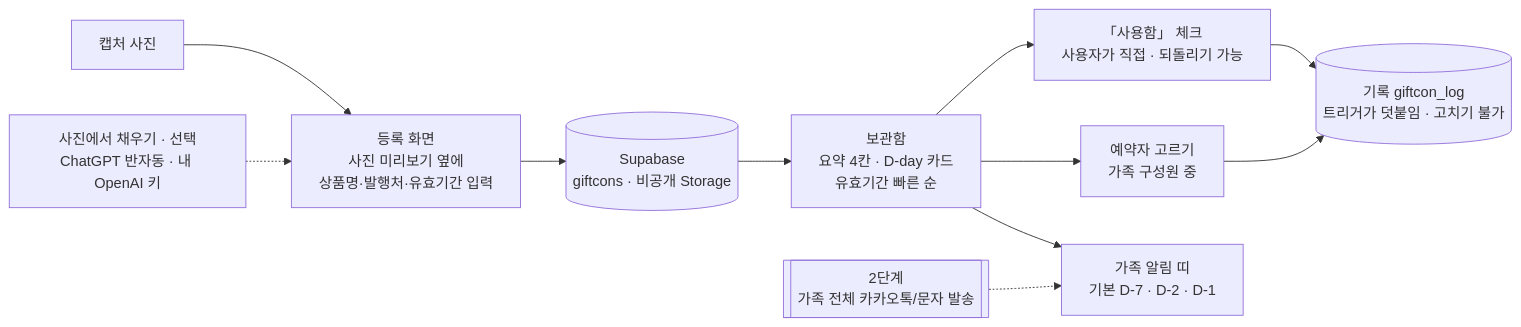
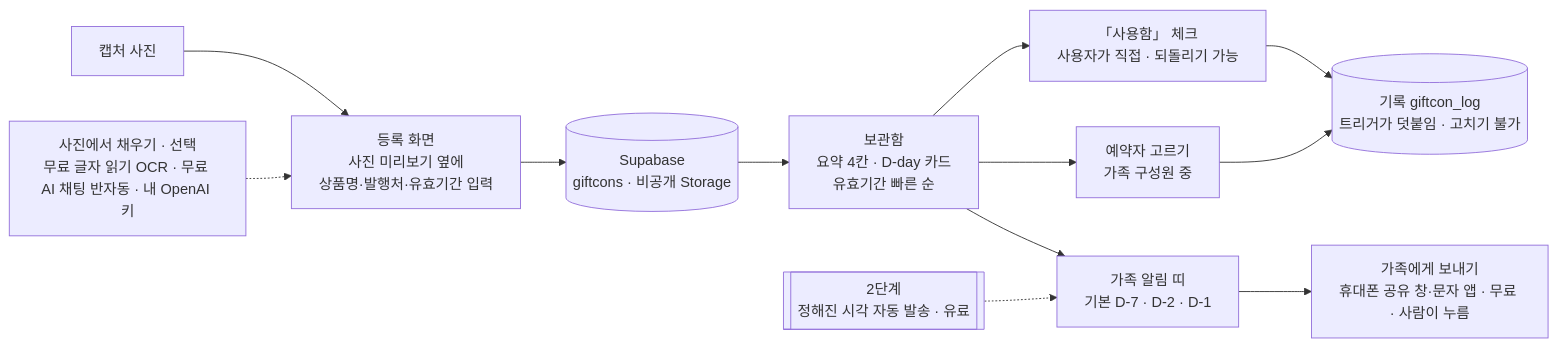
The diagram in docs/01_프로젝트_기획서.md (aebonlee/data09-21), drawn with Mermaid before and after one commit. The commit also changed other lines of this file and 27 other files, not shown here.

First line of the commit message:
저녁 댓글 반영 — 가족에게 무료로 보내기(공유 창·문자 앱), 한 가족 확정, 무료 글자 읽기(Tesseract.js OCR), 기획서 v0.3

````diff
--- a/docs/01_프로젝트_기획서.md
+++ b/docs/01_프로젝트_기획서.md
@@ -47,12 +47,13 @@
 ```mermaid
 flowchart LR
   P[캡처 사진] --> F[등록 화면<br/>사진 미리보기 옆에<br/>상품명·발행처·유효기간 입력]
   F --> DB[(Supabase<br/>giftcons · 비공개 Storage)]
   DB --> B[보관함<br/>요약 4칸 · D-day 카드<br/>유효기간 빠른 순]
   B --> U[「사용함」 체크<br/>사용자가 직접 · 되돌리기 가능]
   B --> R[예약자 고르기<br/>가족 구성원 중]
   U & R --> LOG[(기록 giftcon_log<br/>트리거가 덧붙임 · 고치기 불가)]
   B --> A[가족 알림 띠<br/>기본 D-7 · D-2 · D-1]
-  AI[사진에서 채우기 · 선택<br/>ChatGPT 반자동 · 내 OpenAI 키] -.-> F
-  X[[2단계<br/>가족 전체 카카오톡/문자 발송]] -.-> A
+  AI[사진에서 채우기 · 선택<br/>무료 글자 읽기 OCR · 무료 AI 채팅 반자동 · 내 OpenAI 키] -.-> F
+  A --> S[가족에게 보내기<br/>휴대폰 공유 창·문자 앱 · 무료 · 사람이 누름]
+  X[[2단계<br/>정해진 시각 자동 발송 · 유료]] -.-> A
 ```
````
